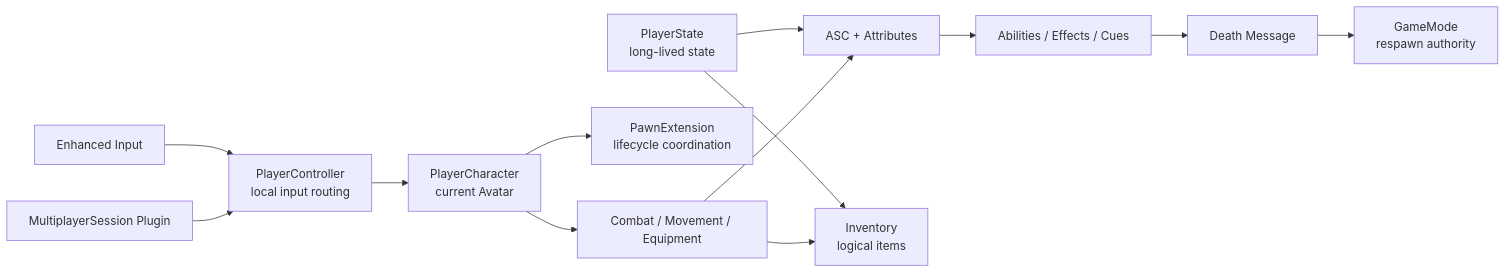
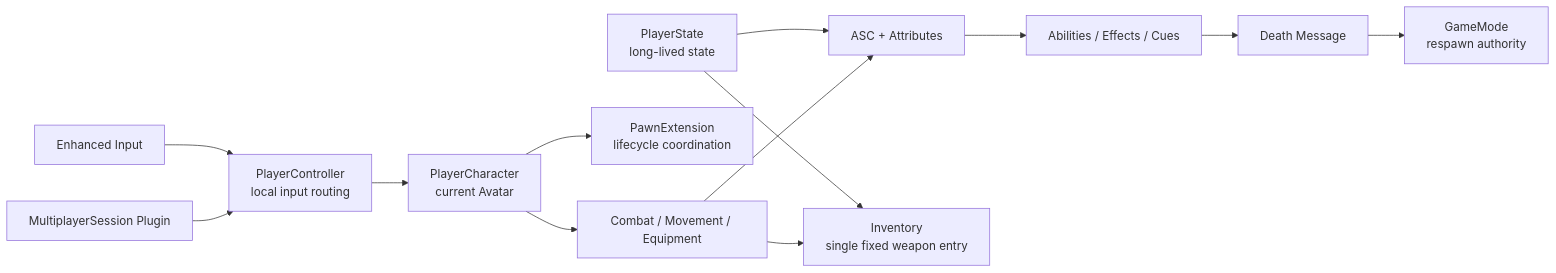
One commit to Ethan-Lian/ShooterGame changed the diagram in README.md. Above: the diagram before and after it, drawn with Mermaid. The commit also changed other lines of this file and 28 other files, not shown here.

````diff
--- a/README.md
+++ b/README.md
@@ -30,15 +30,15 @@
 ```mermaid
 flowchart LR
     INPUT["Enhanced Input"] --> PC["PlayerController<br/>local input routing"]
     PS["PlayerState<br/>long-lived state"] --> ASC["ASC + Attributes"]
-    PS --> INV["Inventory<br/>logical items"]
+    PS --> INV["Inventory<br/>single fixed weapon entry"]
     PC --> PAWN["PlayerCharacter<br/>current Avatar"]
     PAWN --> EXT["PawnExtension<br/>lifecycle coordination"]
     PAWN --> COMP["Combat / Movement / Equipment"]
     COMP --> ASC
     COMP --> INV
     ASC --> GAS["Abilities / Effects / Cues"]
     GAS --> MSG["Death Message"]
     MSG --> GM["GameMode<br/>respawn authority"]
     SESSION["MultiplayerSession Plugin"] --> PC
 ```
````
